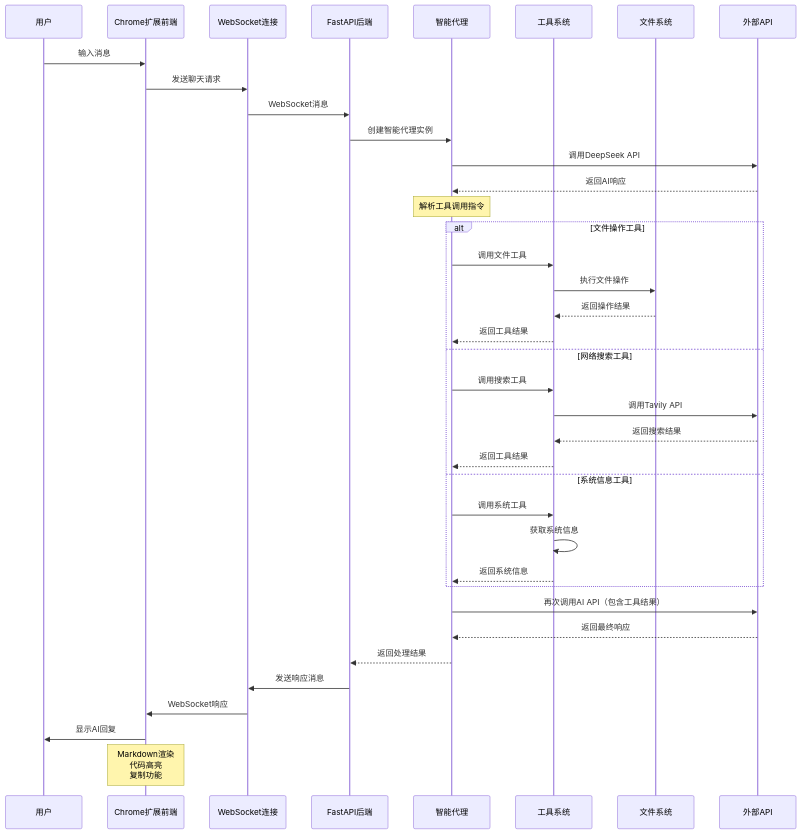
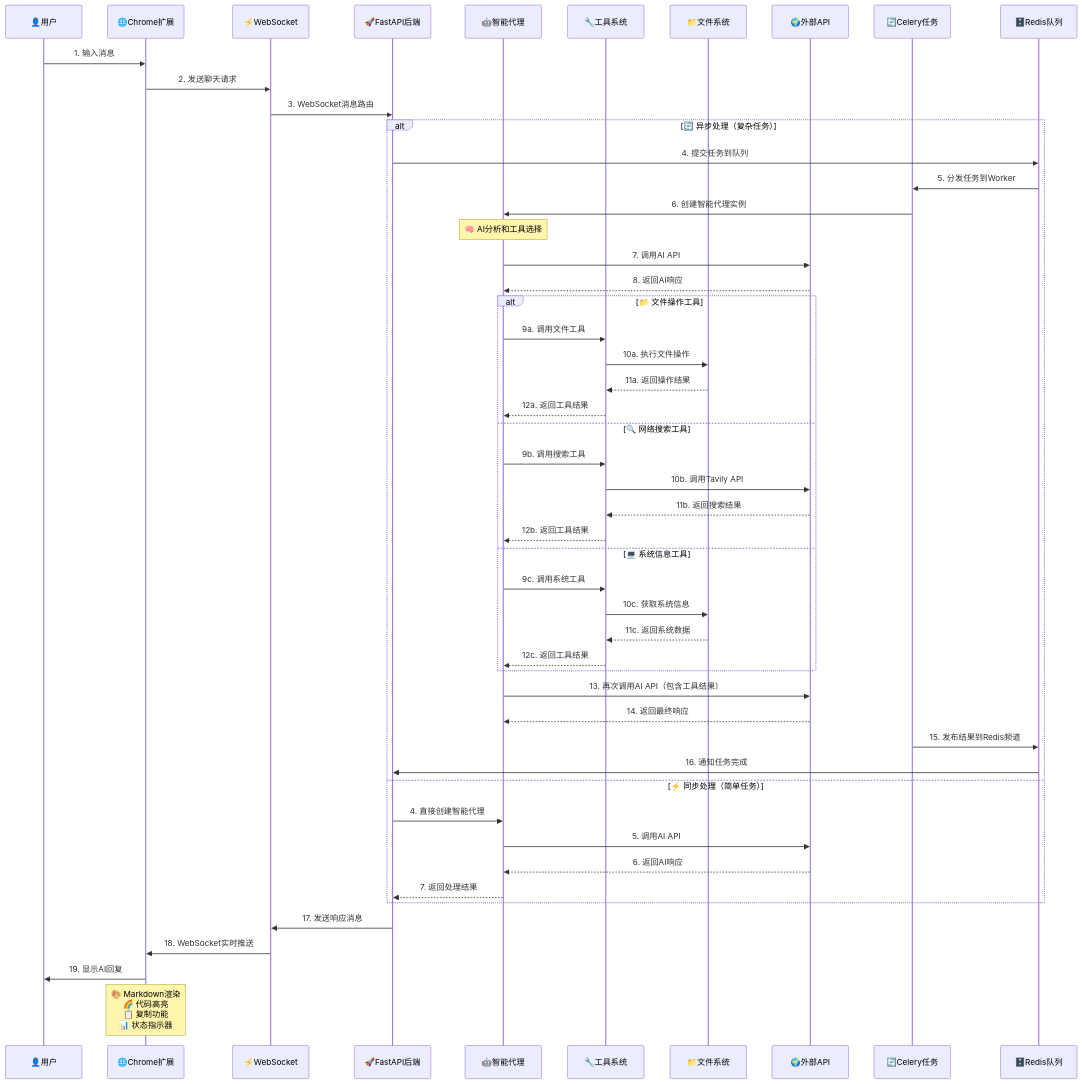
One commit to ZooTi9er/chrome_plus_fast changed the second of 2 diagrams in docs/DEVELOPMENT_DESIGN_DOCUMENT.md. Above: the diagram before and after it, drawn with Mermaid. The commit also changed other lines of this file and 5 other files, not shown here.

````diff
--- a/docs/DEVELOPMENT_DESIGN_DOCUMENT.md
+++ b/docs/DEVELOPMENT_DESIGN_DOCUMENT.md
@@ -291,47 +290,63 @@
 ```mermaid
 sequenceDiagram
-    participant U as 用户
-    participant FE as Chrome扩展前端
-    participant WS as WebSocket连接
-    participant BE as FastAPI后端
-    participant AG as 智能代理
-    participant TL as 工具系统
-    participant FS as 文件系统
-    participant API as 外部API
+    participant U as 👤用户
+    participant FE as 🌐Chrome扩展
+    participant WS as ⚡WebSocket
+    participant BE as 🚀FastAPI后端
+    participant AG as 🤖智能代理
+    participant TL as 🔧工具系统
+    participant FS as 📁文件系统
+    participant API as 🌍外部API
+    participant CE as 🔄Celery任务
+    participant RD as 🗄️Redis队列
 
-    U->>FE: 输入消息
-    FE->>WS: 发送聊天请求
-    WS->>BE: WebSocket消息
-    BE->>AG: 创建智能代理实例
+    U->>FE: 1. 输入消息
+    FE->>WS: 2. 发送聊天请求
+    WS->>BE: 3. WebSocket消息路由
 
-    AG->>API: 调用DeepSeek API
-    API-->>AG: 返回AI响应
+    alt 🔄 异步处理（复杂任务）
+        BE->>RD: 4. 提交任务到队列
+        RD->>CE: 5. 分发任务到Worker
+        CE->>AG: 6. 创建智能代理实例
 
-    Note over AG: 解析工具调用指令
+        Note over AG: 🧠 AI分析和工具选择
 
-    alt 文件操作工具
-        AG->>TL: 调用文件工具
-        TL->>FS: 执行文件操作
-        FS-->>TL: 返回操作结果
-        TL-->>AG: 返回工具结果
-    else 网络搜索工具
-        AG->>TL: 调用搜索工具
-        TL->>API: 调用Tavily API
-        API-->>TL: 返回搜索结果
-        TL-->>AG: 返回工具结果
-    else 系统信息工具
-        AG->>TL: 调用系统工具
-        TL->>TL: 获取系统信息
-        TL-->>AG: 返回系统信息
+        AG->>API: 7. 调用AI API
+        API-->>AG: 8. 返回AI响应
+
+        alt 📁 文件操作工具
+            AG->>TL: 9a. 调用文件工具
+            TL->>FS: 10a. 执行文件操作
+            FS-->>TL: 11a. 返回操作结果
+            TL-->>AG: 12a. 返回工具结果
+        else 🔍 网络搜索工具
+            AG->>TL: 9b. 调用搜索工具
+            TL->>API: 10b. 调用Tavily API
+            API-->>TL: 11b. 返回搜索结果
+            TL-->>AG: 12b. 返回工具结果
+        else 💻 系统信息工具
+            AG->>TL: 9c. 调用系统工具
+            TL->>FS: 10c. 获取系统信息
+            FS-->>TL: 11c. 返回系统数据
+            TL-->>AG: 12c. 返回工具结果
+        end
+
+        AG->>API: 13. 再次调用AI API（包含工具结果）
+        API-->>AG: 14. 返回最终响应
+
+        CE->>RD: 15. 发布结果到Redis频道
+        RD->>BE: 16. 通知任务完成
+
+    else ⚡ 同步处理（简单任务）
+        BE->>AG: 4. 直接创建智能代理
+        AG->>API: 5. 调用AI API
+        API-->>AG: 6. 返回AI响应
+        AG-->>BE: 7. 返回处理结果
     end
 
-    AG->>API: 再次调用AI API（包含工具结果）
-    API-->>AG: 返回最终响应
+    BE->>WS: 17. 发送响应消息
+    WS->>FE: 18. WebSocket实时推送
+    FE->>U: 19. 显示AI回复
 
-    AG-->>BE: 返回处理结果
-    BE->>WS: 发送响应消息
-    WS->>FE: WebSocket响应
-    FE->>U: 显示AI回复
-
-    Note over FE: Markdown渲染<br/>代码高亮<br/>复制功能
+    Note over FE: 🎨 Markdown渲染<br/>🌈 代码高亮<br/>📋 复制功能<br/>📊 状态指示器
 ```
````
